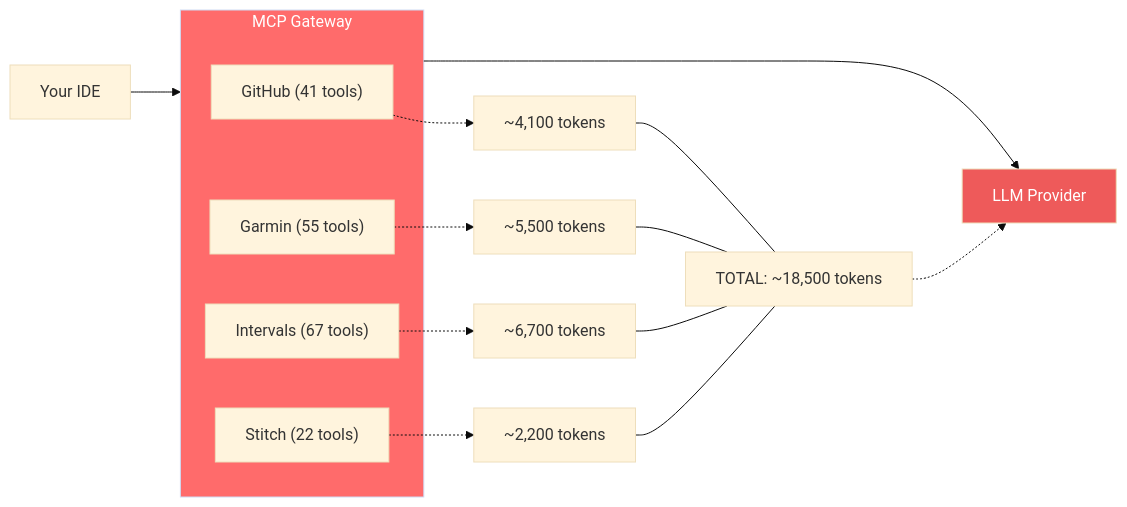
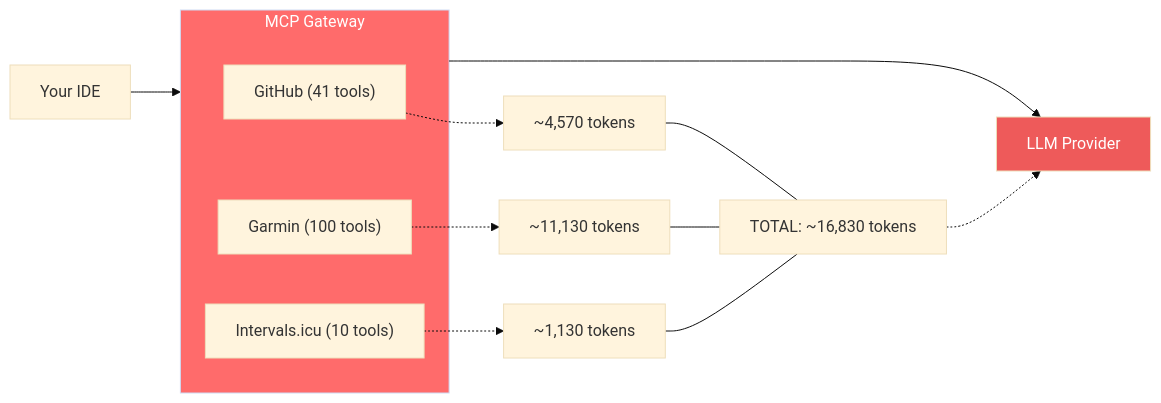
The first of 3 diagrams in README.md (mmornati/leanproxy-mcp), drawn with Mermaid (base theme) before and after one commit. The commit also changed other lines of this file and 2 other files, not shown here.

````diff
--- a/README.md
+++ b/README.md
@@ -30,32 +51,28 @@
 ```mermaid
 flowchart LR
     IDE["Your IDE"] --> MCP["MCP Gateway"]
 
     subgraph MCP["MCP Gateway"]
         S1["GitHub (41 tools)"]
-        S2["Garmin (55 tools)"]
-        S3["Intervals (67 tools)"]
-        S4["Stitch (22 tools)"]
+        S2["Garmin (100 tools)"]
+        S3["Intervals.icu (10 tools)"]
     end
 
     MCP --> LLM["LLM Provider"]
 
-    note1["~4,100 tokens"]
-    note2["~5,500 tokens"]
-    note3["~6,700 tokens"]
-    note4["~2,200 tokens"]
-    total["TOTAL: ~18,500 tokens"]
+    note1["~4,570 tokens"]
+    note2["~11,130 tokens"]
+    note3["~1,130 tokens"]
+    total["TOTAL: ~16,830 tokens"]
 
     S1 -.-> note1
     S2 -.-> note2
     S3 -.-> note3
-    S4 -.-> note4
     note1 --- total
     note2 --- total
     note3 --- total
-    note4 --- total
     total -.-> LLM
 
     style MCP fill:#ff6b6b,color:#fff
     style LLM fill:#ee5a5a,color:#fff
 ```
````
